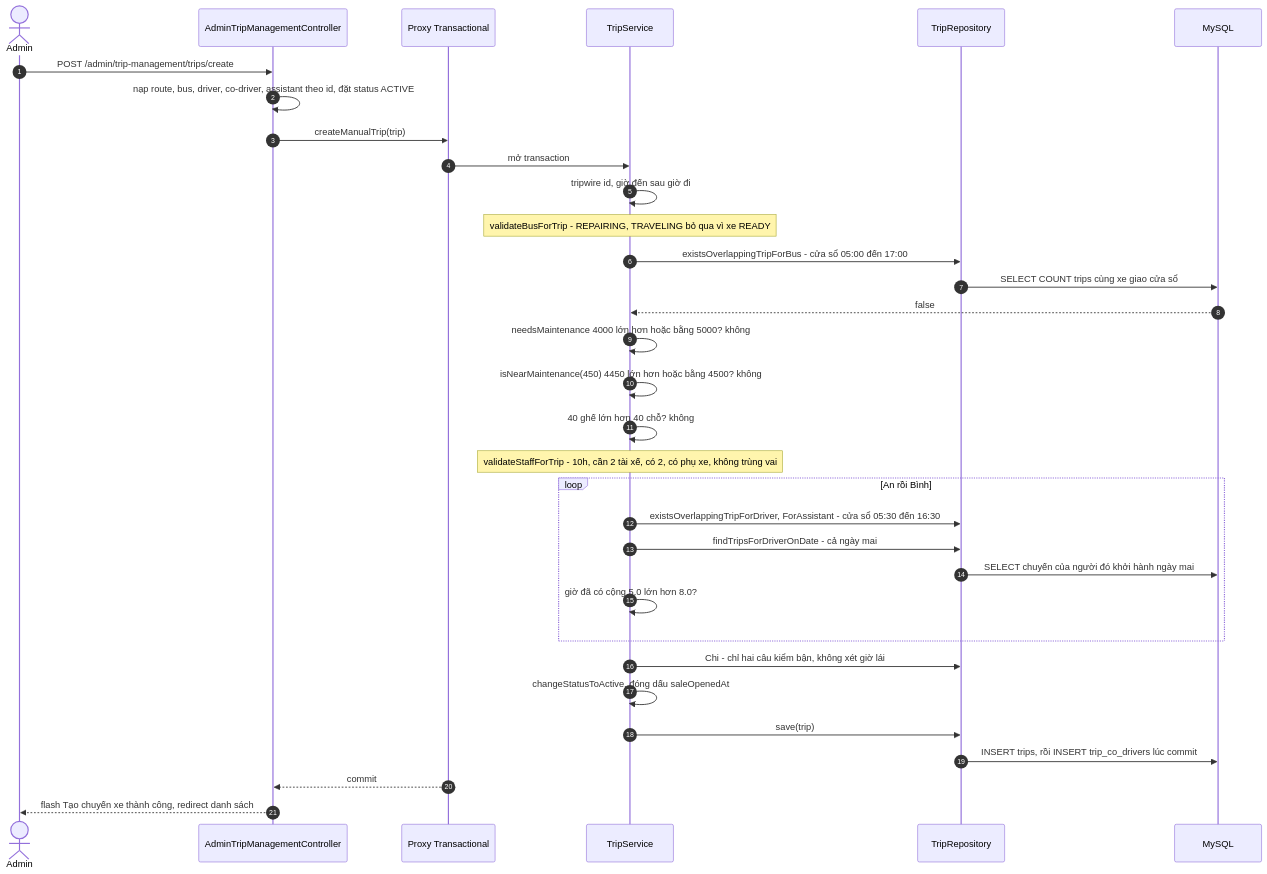
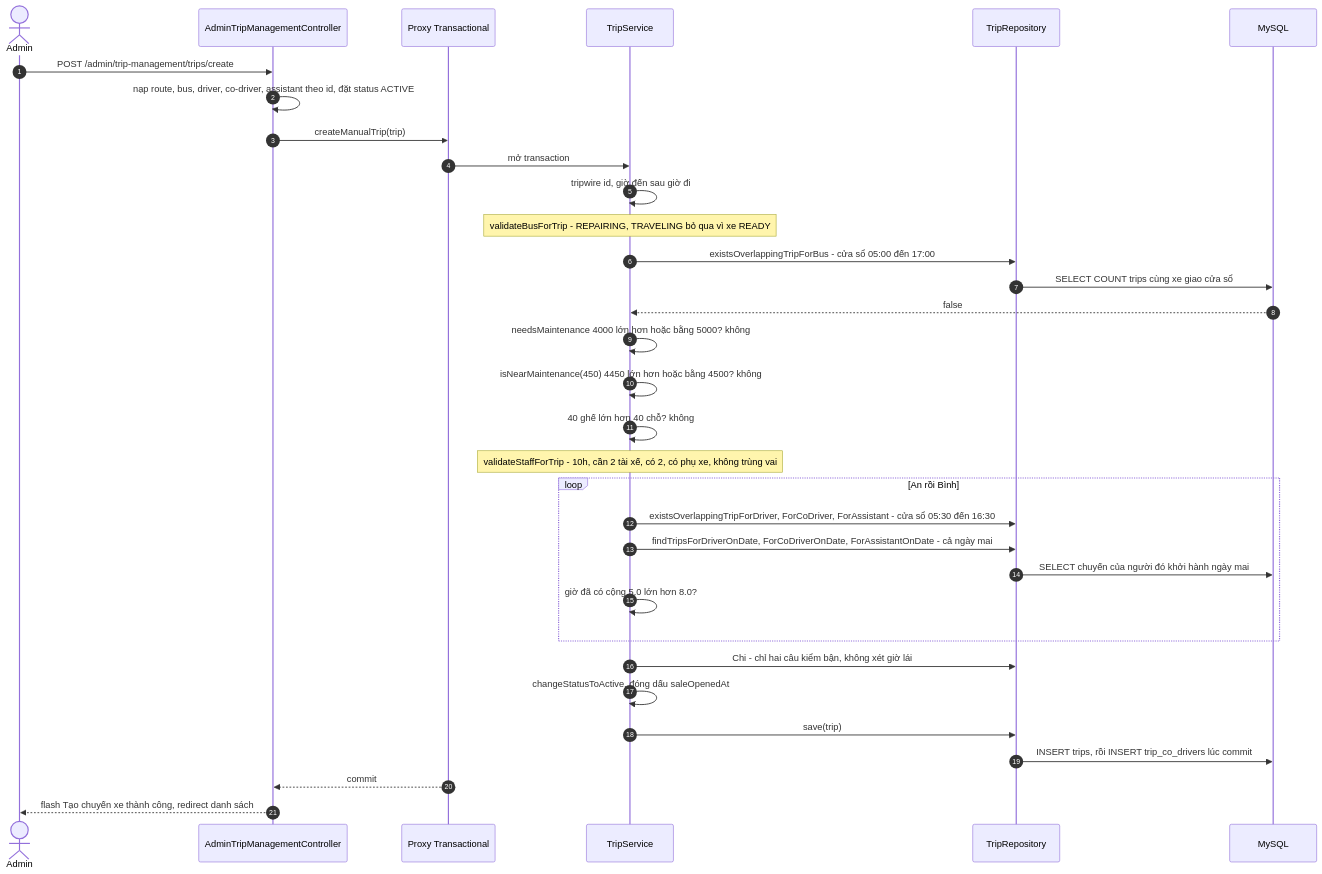
The third of 4 diagrams in BusManagement/docs/study/06-business-rule-validation.md (giang-it/BusManagement), drawn with Mermaid before and after one commit. The commit also changed other lines of this file and 4 other files, not shown here.

````diff
--- a/BusManagement/docs/study/06-business-rule-validation.md
+++ b/BusManagement/docs/study/06-business-rule-validation.md
@@ -169,35 +169,35 @@
 ```mermaid
 sequenceDiagram
     autonumber
     actor A as Admin
     participant C as AdminTripManagementController
     participant P as Proxy Transactional
     participant S as TripService
     participant R as TripRepository
     participant DB as MySQL
     A->>C: POST /admin/trip-management/trips/create
     C->>C: nạp route, bus, driver, co-driver, assistant theo id, đặt status ACTIVE
     C->>P: createManualTrip(trip)
     P->>S: mở transaction
     S->>S: tripwire id, giờ đến sau giờ đi
     Note over S: validateBusForTrip - REPAIRING, TRAVELING bỏ qua vì xe READY
     S->>R: existsOverlappingTripForBus - cửa sổ 05:00 đến 17:00
     R->>DB: SELECT COUNT trips cùng xe giao cửa sổ
     DB-->>S: false
     S->>S: needsMaintenance 4000 lớn hơn hoặc bằng 5000? không
     S->>S: isNearMaintenance(450) 4450 lớn hơn hoặc bằng 4500? không
     S->>S: 40 ghế lớn hơn 40 chỗ? không
     Note over S: validateStaffForTrip - 10h, cần 2 tài xế, có 2, có phụ xe, không trùng vai
     loop An rồi Bình
-        S->>R: existsOverlappingTripForDriver, ForAssistant - cửa sổ 05:30 đến 16:30
-        S->>R: findTripsForDriverOnDate - cả ngày mai
+        S->>R: existsOverlappingTripForDriver, ForCoDriver, ForAssistant - cửa sổ 05:30 đến 16:30
+        S->>R: findTripsForDriverOnDate, ForCoDriverOnDate, ForAssistantOnDate - cả ngày mai
         R->>DB: SELECT chuyến của người đó khởi hành ngày mai
         S->>S: giờ đã có cộng 5.0 lớn hơn 8.0?
     end
     S->>R: Chi - chỉ hai câu kiểm bận, không xét giờ lái
     S->>S: changeStatusToActive, đóng dấu saleOpenedAt
     S->>R: save(trip)
     R->>DB: INSERT trips, rồi INSERT trip_co_drivers lúc commit
     P-->>C: commit
     C-->>A: flash Tạo chuyến xe thành công, redirect danh sách
 ```
````
